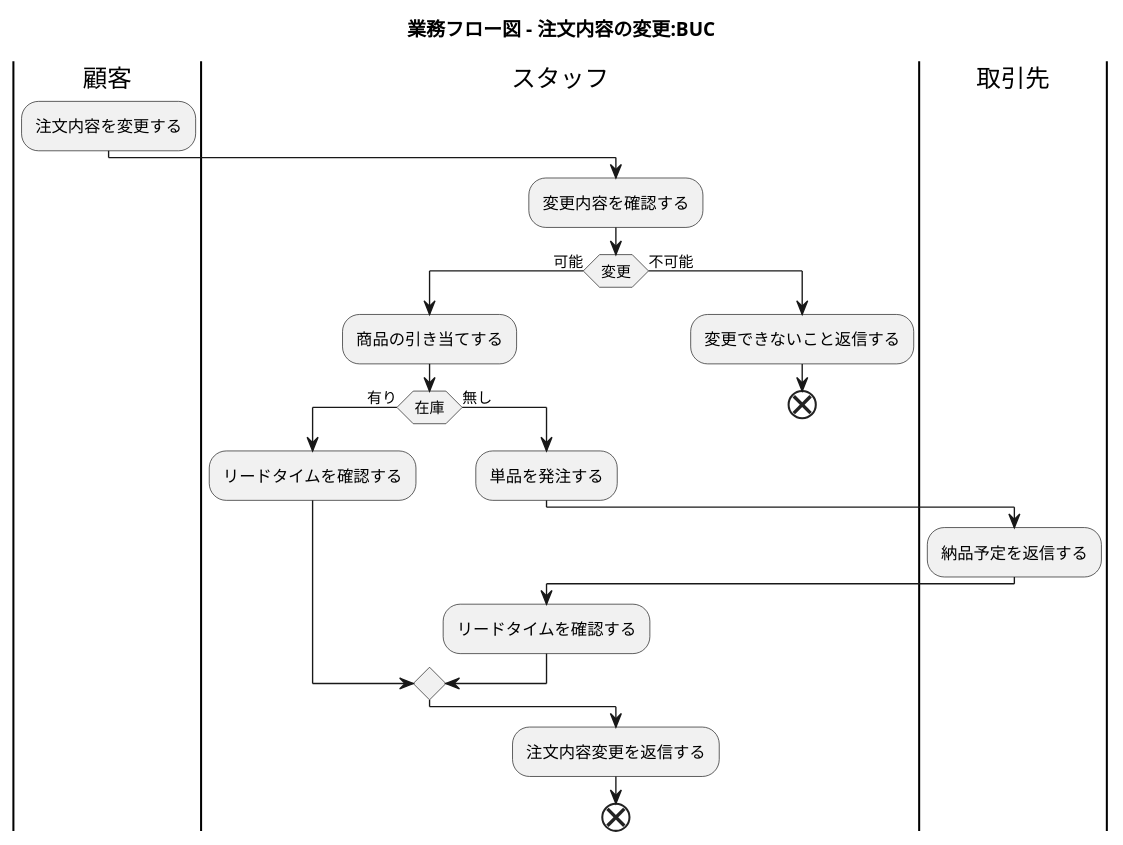
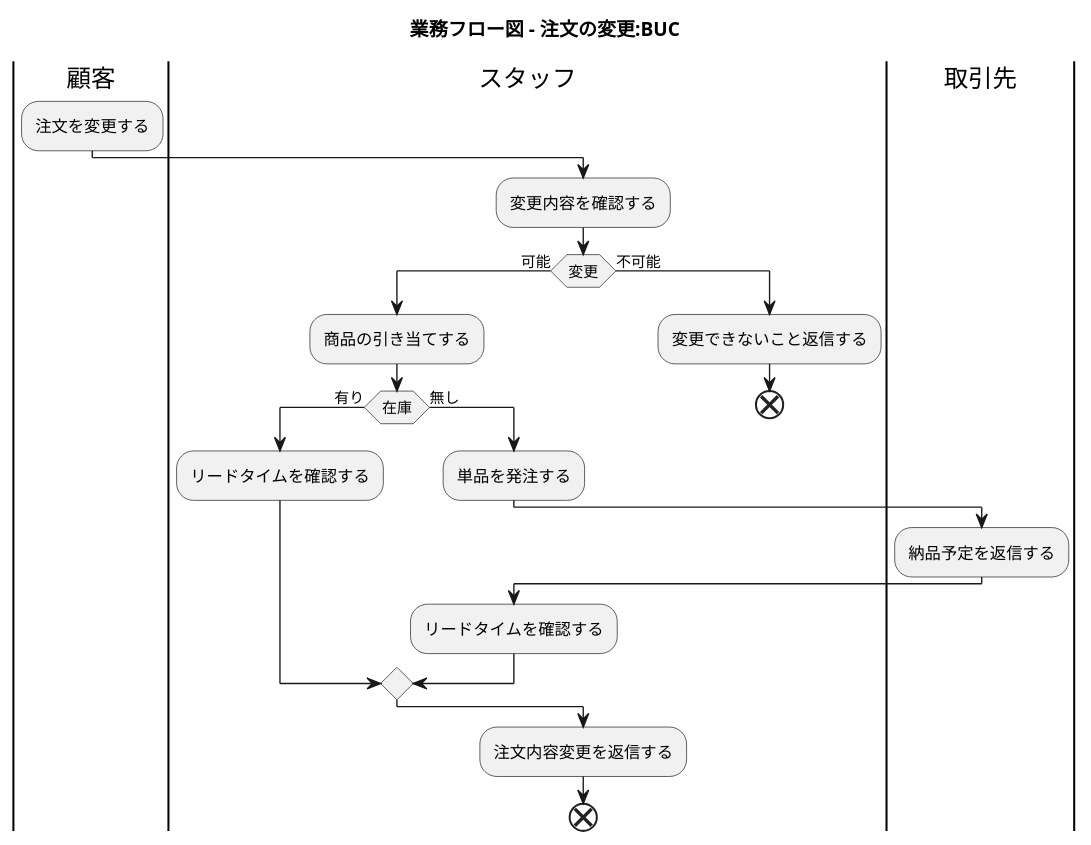
One commit to k2works/application_programing_excercise_2022 changed diagram 11 of 28 in docs/index.adoc. Above: the diagram before and after it, drawn with PlantUML. The commit also changed other lines of this file, not shown here.

Commit message:
docs: ユースケース複合図

```diff
--- a/docs/index.adoc
+++ b/docs/index.adoc
@@ -391,32 +393,32 @@
 [plantuml]
 ----
 @startuml
 
-title 業務フロー図 - 注文内容の変更:BUC
+title 業務フロー図 - 注文の変更:BUC
 
 |顧客|
-:注文内容を変更する;
+:注文を変更する;
 
 |スタッフ|
 :変更内容を確認する;
 if (変更) then (可能)
  |スタッフ|
  :商品の引き当てする;
  if (在庫) then (有り)
   :リードタイムを確認する;
  else (無し)
   :単品を発注する;
   |取引先|
   :納品予定を返信する;
   |スタッフ|
   :リードタイムを確認する;
  endif
 else (不可能)
  :変更できないこと返信する;
  end
 endif
 :注文内容変更を返信する;
 end
 
 @enduml
 ----
```
